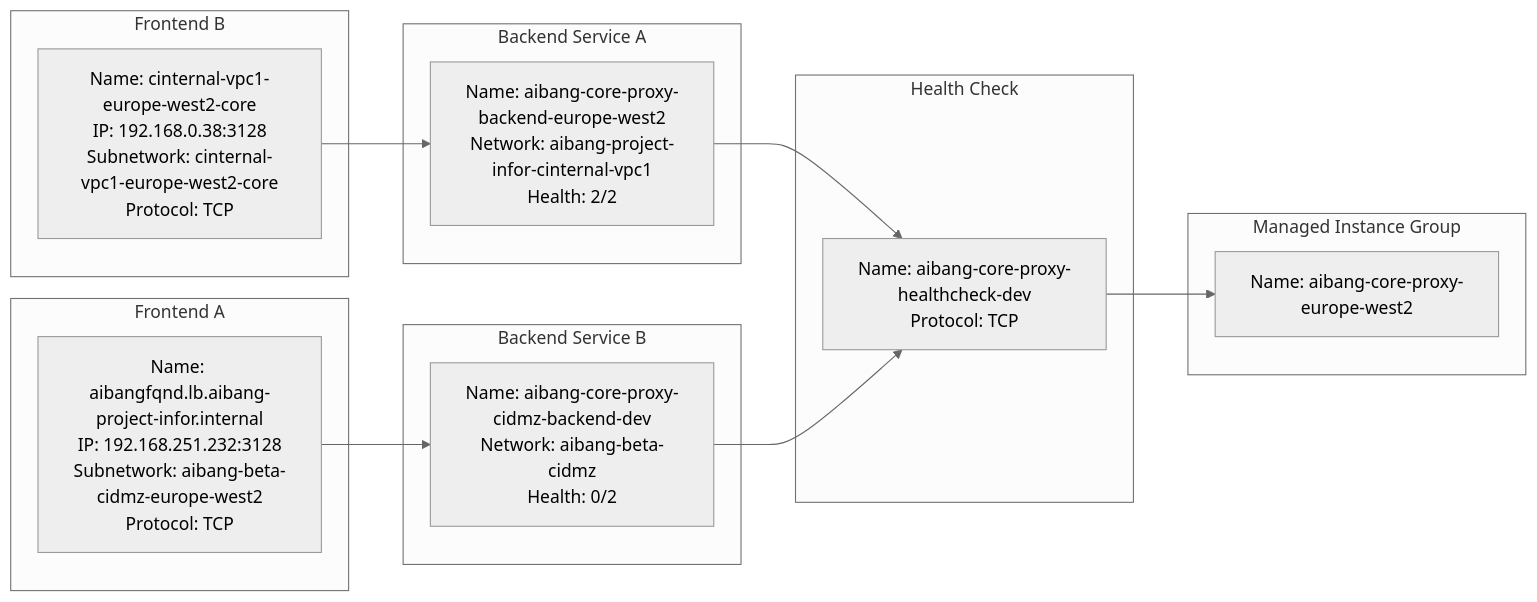
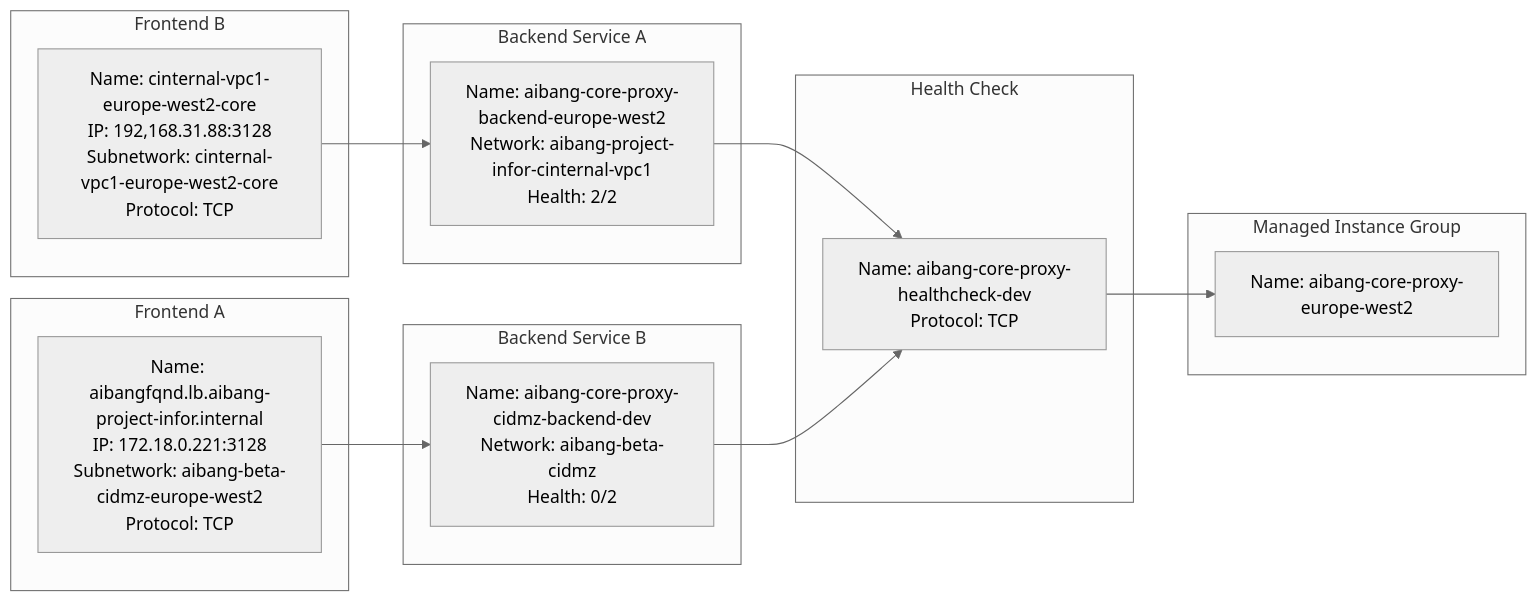
One commit to aibangjuxin/groovy changed the fourth of 9 diagrams in gcp/lb-health-mig.md. Above: the diagram before and after it, drawn with Mermaid (neutral theme). The commit also changed other lines of this file, not shown here.

````diff
--- a/gcp/lb-health-mig.md
+++ b/gcp/lb-health-mig.md
@@ -239,34 +239,34 @@
 ```mermaid
 flowchart LR
     subgraph FrontendA["Frontend A"]
-        F1["Name: aibangfqnd.lb.aibang-project-infor.internal<br>IP: 192.168.251.232:3128<br>Subnetwork: aibang-beta-cidmz-europe-west2<br>Protocol: TCP"]
+        F1["Name: aibangfqnd.lb.aibang-project-infor.internal<br>IP: 172.18.0.221:3128<br>Subnetwork: aibang-beta-cidmz-europe-west2<br>Protocol: TCP"]
     end
 
     subgraph FrontendB["Frontend B"]
-        F2["Name: cinternal-vpc1-europe-west2-core<br>IP: 192.168.0.38:3128<br>Subnetwork: cinternal-vpc1-europe-west2-core<br>Protocol: TCP"]
+        F2["Name: cinternal-vpc1-europe-west2-core<br>IP: 192,168.31.88:3128<br>Subnetwork: cinternal-vpc1-europe-west2-core<br>Protocol: TCP"]
     end
 
     subgraph BackendServiceA["Backend Service A"]
         A1["Name: aibang-core-proxy-backend-europe-west2<br>Network: aibang-project-infor-cinternal-vpc1<br>Health: 2/2"]
     end
 
     subgraph BackendServiceB["Backend Service B"]
         B1["Name: aibang-core-proxy-cidmz-backend-dev<br>Network: aibang-beta-cidmz<br>Health: 0/2"]
     end
 
     subgraph SharedHealthCheck["Health Check"]
         HC["Name: aibang-core-proxy-healthcheck-dev<br>Protocol: TCP"]
     end
 
     subgraph SharedInstanceGroup["Managed Instance Group"]
         MIG["Name: aibang-core-proxy-europe-west2"]
     end
 
     F1 --> B1
     F2 --> A1
 
     A1 --> HC
     B1 --> HC
 
     HC --> MIG
 ```
````
